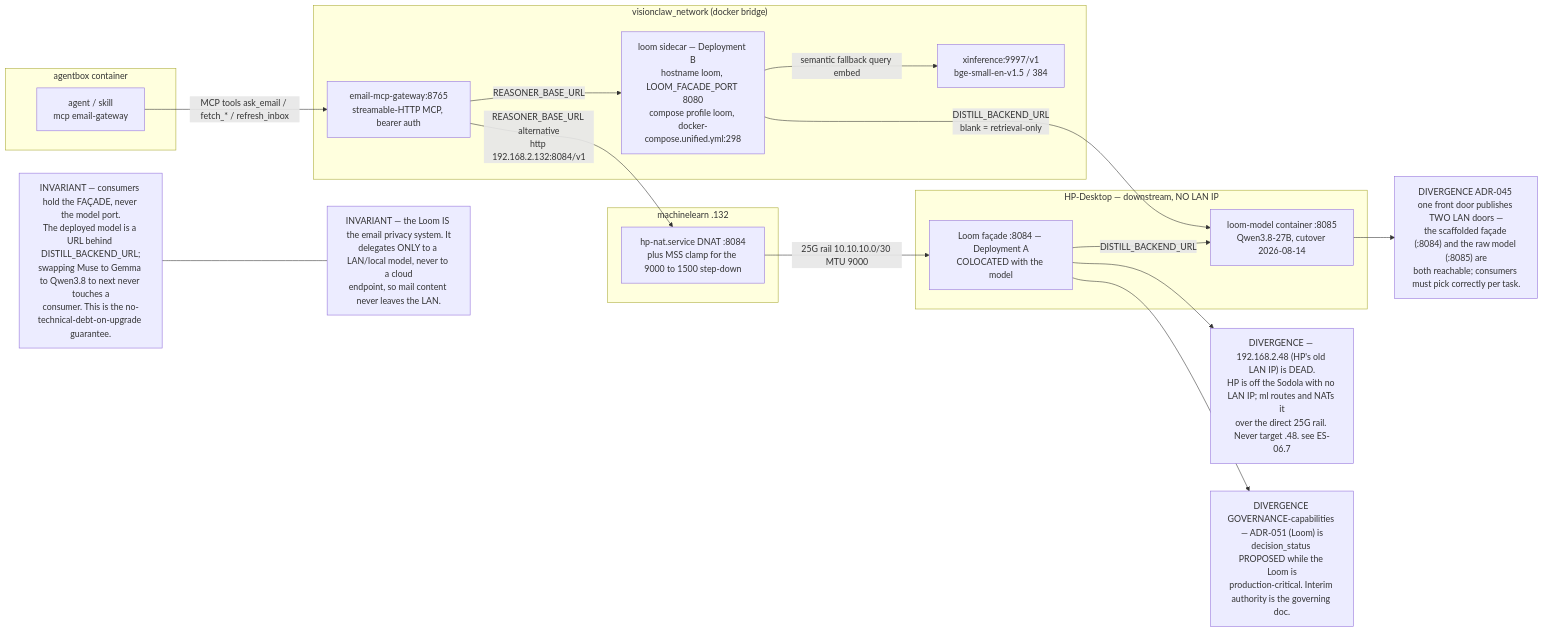
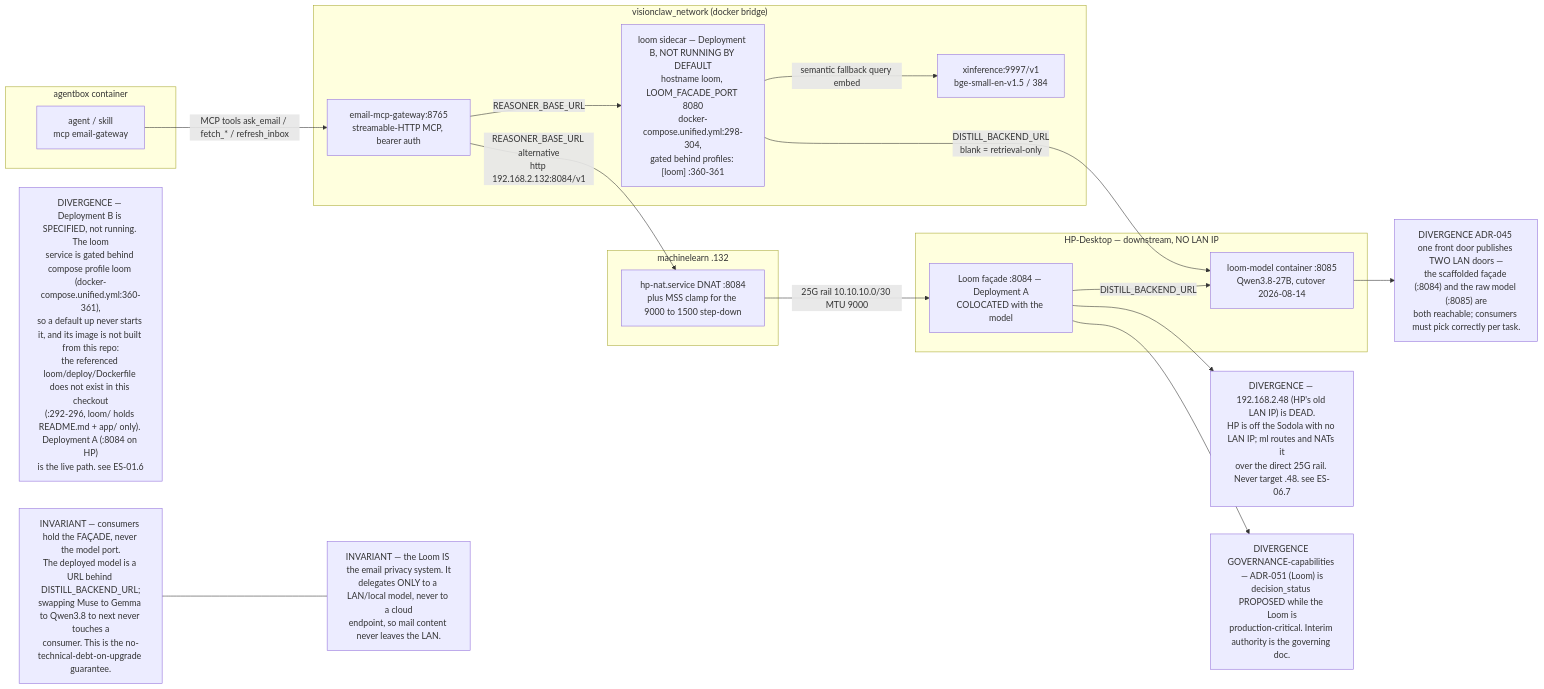
Before and after one commit to DreamLab-AI/AR-AI-Knowledge-Graph: the first of 9 diagrams in docs/diagrams/estate/06-loom-and-email-privacy-path.md, drawn with Mermaid. The commit also changed 36 other files, not shown here.

````diff
--- a/docs/diagrams/estate/06-loom-and-email-privacy-path.md
+++ b/docs/diagrams/estate/06-loom-and-email-privacy-path.md
@@ -19,37 +19,38 @@
 ```mermaid
 flowchart LR
     subgraph box["agentbox container"]
         AG["agent / skill<br/>mcp email-gateway"]
     end
     subgraph vcnet["visionclaw_network (docker bridge)"]
         GW["email-mcp-gateway:8765<br/>streamable-HTTP MCP, bearer auth"]
-        LOOMB["loom sidecar — Deployment B<br/>hostname loom, LOOM_FACADE_PORT 8080<br/>compose profile loom, docker-compose.unified.yml:298"]
+        LOOMB["loom sidecar — Deployment B, NOT RUNNING BY DEFAULT<br/>hostname loom, LOOM_FACADE_PORT 8080<br/>docker-compose.unified.yml:298-304,<br/>gated behind profiles: [loom] :360-361"]
         XI["xinference:9997/v1<br/>bge-small-en-v1.5 / 384"]
     end
     subgraph ml["machinelearn .132"]
         DNAT["hp-nat.service DNAT :8084<br/>plus MSS clamp for the 9000 to 1500 step-down"]
     end
     subgraph hp["HP-Desktop — downstream, NO LAN IP"]
         LOOMA["Loom façade :8084 — Deployment A<br/>COLOCATED with the model"]
         MODEL["loom-model container :8085<br/>Qwen3.8-27B, cutover 2026-08-14"]
     end
 
     AG -- "MCP tools ask_email / fetch_* / refresh_inbox" --> GW
     GW -- "REASONER_BASE_URL" --> LOOMB
     GW -- "REASONER_BASE_URL alternative<br/>http 192.168.2.132:8084/v1" --> DNAT
     DNAT -- "25G rail 10.10.10.0/30 MTU 9000" --> LOOMA
     LOOMA -- "DISTILL_BACKEND_URL" --> MODEL
     LOOMB -- "DISTILL_BACKEND_URL<br/>blank = retrieval-only" --> MODEL
     LOOMB -- "semantic fallback query embed" --> XI
 
     INV1["INVARIANT — consumers hold the FAÇADE, never the model port.<br/>The deployed model is a URL behind DISTILL_BACKEND_URL;<br/>swapping Muse to Gemma to Qwen3.8 to next never touches a<br/>consumer. This is the no-technical-debt-on-upgrade guarantee."]
     INV2["INVARIANT — the Loom IS the email privacy system. It<br/>delegates ONLY to a LAN/local model, never to a cloud<br/>endpoint, so mail content never leaves the LAN."]
+    DIV0["DIVERGENCE — Deployment B is SPECIFIED, not running. The loom<br/>service is gated behind compose profile loom (docker-compose.unified.yml:360-361),<br/>so a default up never starts it, and its image is not built from this repo:<br/>the referenced loom/deploy/Dockerfile does not exist in this checkout<br/>(:292-296, loom/ holds README.md + app/ only). Deployment A (:8084 on HP)<br/>is the live path. see ES-01.6"]
     DIV1["DIVERGENCE — 192.168.2.48 (HP's old LAN IP) is DEAD.<br/>HP is off the Sodola with no LAN IP; ml routes and NATs it<br/>over the direct 25G rail. Never target .48. see ES-06.7"]
     DIV2["DIVERGENCE GOVERNANCE-capabilities — ADR-051 (Loom) is<br/>decision_status PROPOSED while the Loom is<br/>production-critical. Interim authority is the governing doc."]
     DIV3["DIVERGENCE ADR-045 one front door publishes TWO LAN doors —<br/>the scaffolded façade (:8084) and the raw model (:8085) are<br/>both reachable; consumers must pick correctly per task."]
 
     INV1 --- INV2
     LOOMA --> DIV1
     LOOMA --> DIV2
     MODEL --> DIV3
 ```
````
